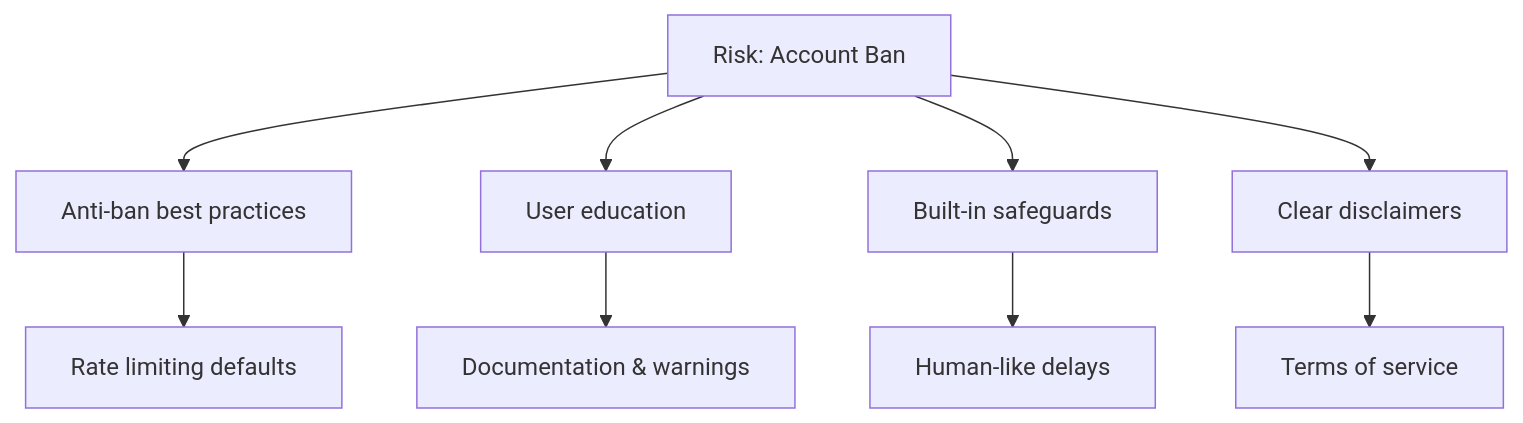
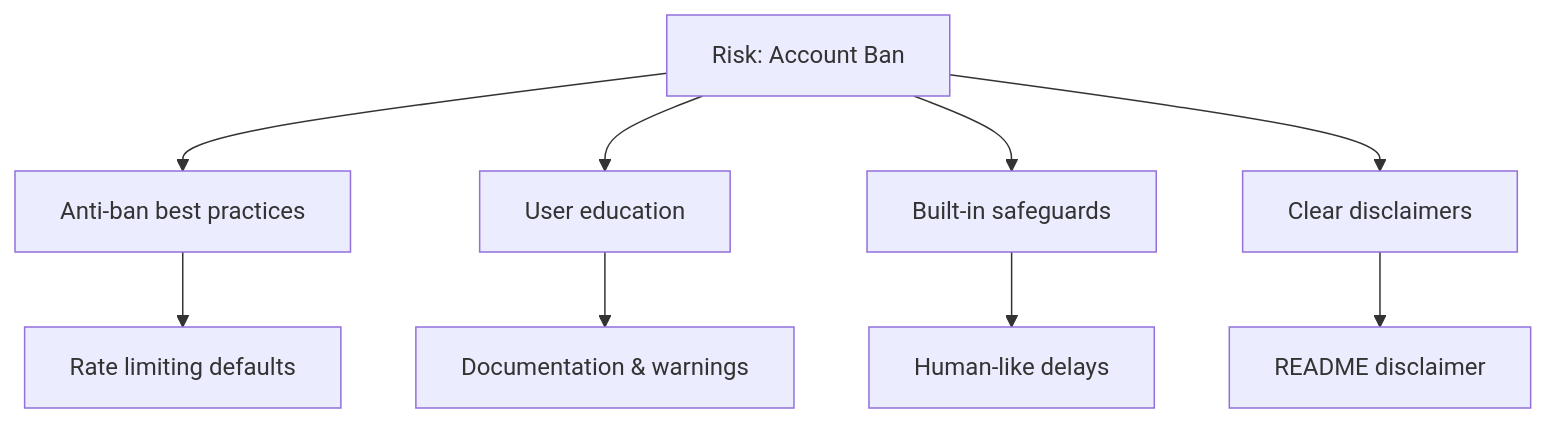
One commit to AntoineTROOVY/Sherlo changed the third of 11 diagrams in docs/16-risk-management.md. Above: the diagram before and after it, drawn with Mermaid. The commit also changed other lines of this file and 14 other files, not shown here.

````diff
--- a/docs/16-risk-management.md
+++ b/docs/16-risk-management.md
@@ -93,12 +93,12 @@
 ```mermaid
 flowchart TB
     R[Risk: Account Ban] --> M1[Anti-ban best practices]
     R --> M2[User education]
     R --> M3[Built-in safeguards]
     R --> M4[Clear disclaimers]
 
     M1 --> A1[Rate limiting defaults]
     M2 --> A2[Documentation & warnings]
     M3 --> A3[Human-like delays]
-    M4 --> A4[Terms of service]
+    M4 --> A4[README disclaimer]
 ```
````
